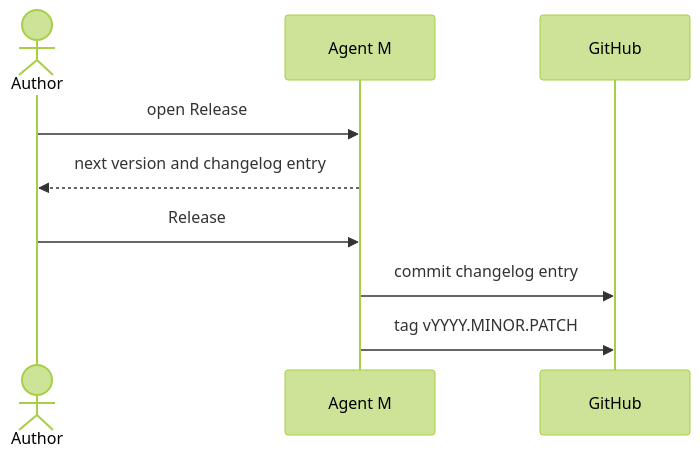
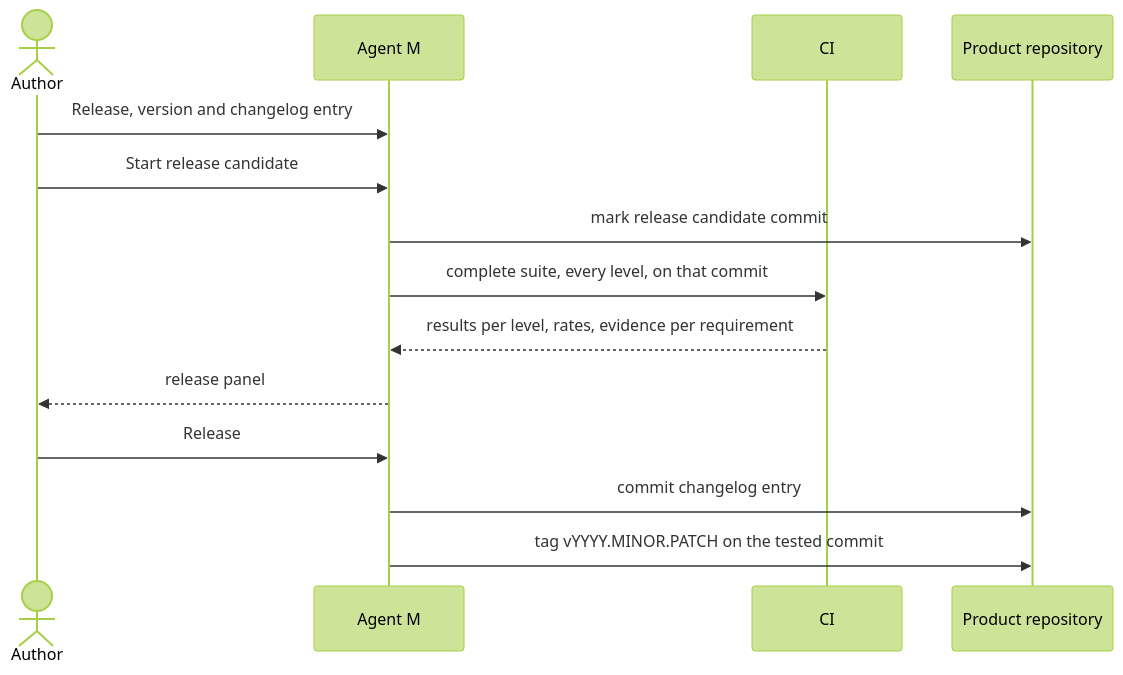
The diagram in docs/use-cases/UC-013-release-a-version.md (akmaier/agent-m), drawn with Mermaid (forest theme) before and after one commit. The commit also changed other lines of this file and 57 other files, not shown here.

````diff
--- a/docs/use-cases/UC-013-release-a-version.md
+++ b/docs/use-cases/UC-013-release-a-version.md
@@ -42,11 +61,16 @@
 ```mermaid
 sequenceDiagram
     actor A as Author
     participant M as Agent M
-    participant G as GitHub
-    A->>M: open Release
-    M-->>A: next version and changelog entry
+    participant C as CI
+    participant G as Product repository
+    A->>M: Release, version and changelog entry
+    A->>M: Start release candidate
+    M->>G: mark release candidate commit
+    M->>C: complete suite, every level, on that commit
+    C-->>M: results per level, rates, evidence per requirement
+    M-->>A: release panel
     A->>M: Release
     M->>G: commit changelog entry
-    M->>G: tag vYYYY.MINOR.PATCH
+    M->>G: tag vYYYY.MINOR.PATCH on the tested commit
 ```
````
